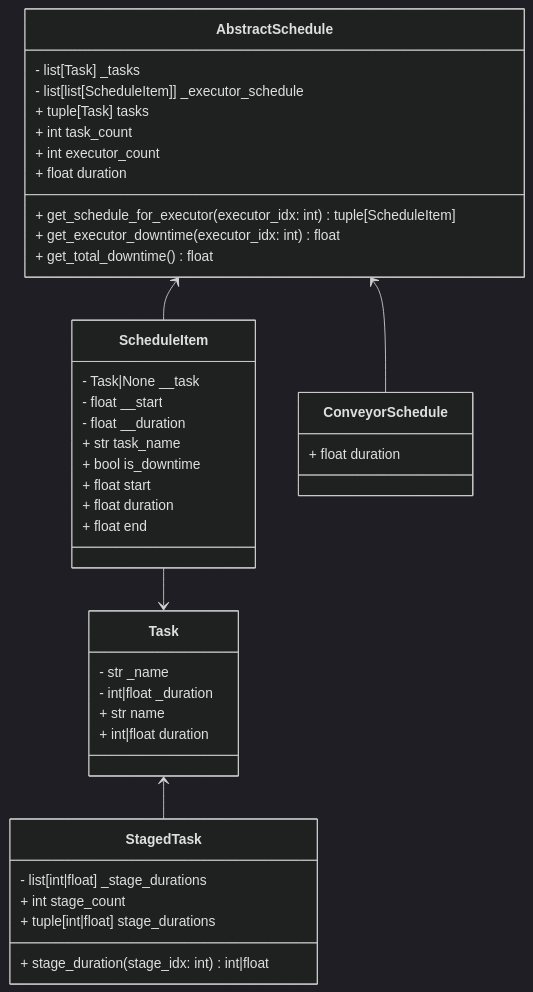
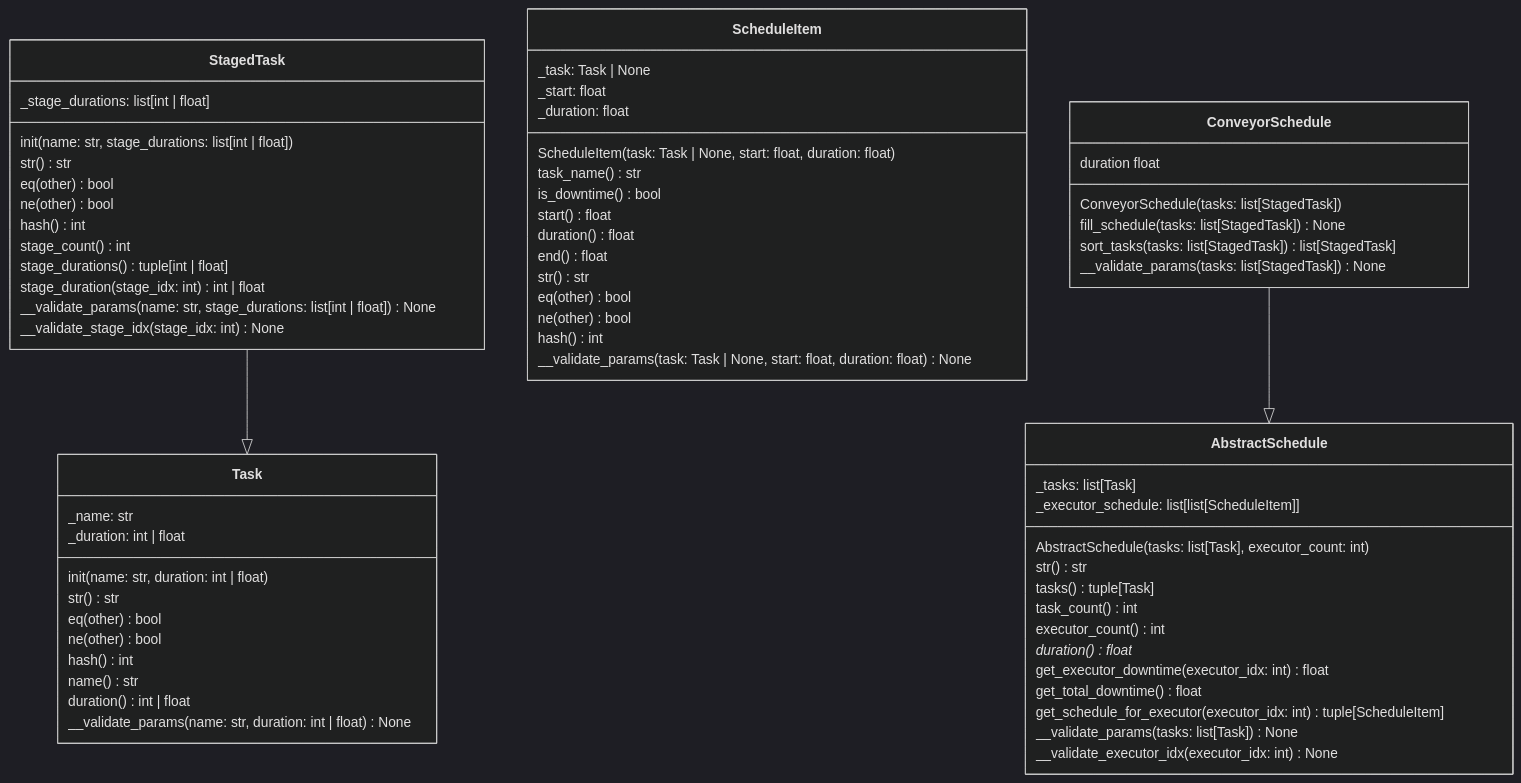
One commit to algos-ris-24-3/code-tasks changed the second of 2 diagrams in README.md. Above: the diagram before and after it, drawn with Mermaid (dark theme).

Commit message:
grant diagram

````diff
--- a/README.md
+++ b/README.md
@@ -73,48 +73,73 @@
 ```mermaid
 classDiagram
     class Task {
-        - str _name
-        - int|float _duration
-        + str name
-        + int|float duration
+        _name: str
+        _duration: int | float
+        init(name: str, duration: int | float)
+        str() str
+        eq(other) bool
+        ne(other) bool
+        hash() int
+        name() str
+        duration() int | float
+        __validate_params(name: str, duration: int | float) None
     }
 
     class StagedTask {
-        - list[int|float] _stage_durations
-        + int stage_count
-        + tuple[int|float] stage_durations
-        + stage_duration(stage_idx: int) int|float
+        _stage_durations: list[int | float]
+        init(name: str, stage_durations: list[int | float])
+        str() str
+        eq(other) bool
+        ne(other) bool
+        hash() int
+        stage_count() int
+        stage_durations() tuple[int | float]
+        stage_duration(stage_idx: int) int | float
+        __validate_params(name: str, stage_durations: list[int | float]) None
+        __validate_stage_idx(stage_idx: int) None
     }
 
     class ScheduleItem {
-        - Task|None __task
-        - float __start
-        - float __duration
-        + str task_name
-        + bool is_downtime
-        + float start
-        + float duration
-        + float end
+        _task: Task | None
+        _start: float
+        _duration: float
+        ScheduleItem(task: Task | None, start: float, duration: float)
+        task_name() str
+        is_downtime() bool
+        start() float
+        duration() float
+        end() float
+        str() str
+        eq(other) bool
+        ne(other) bool
+        hash() int
+        __validate_params(task: Task | None, start: float, duration: float) None
     }
 
     class AbstractSchedule {
-        - list[Task] _tasks
-        - list[list[ScheduleItem]] _executor_schedule
-        + tuple[Task] tasks
-        + int task_count
-        + int executor_count
-        + float duration
-        + get_schedule_for_executor(executor_idx: int) tuple[ScheduleItem]
-        + get_executor_downtime(executor_idx: int) float
-        + get_total_downtime() float
+        _tasks: list[Task]
+        _executor_schedule: list[list[ScheduleItem]]
+        AbstractSchedule(tasks: list[Task], executor_count: int)
+        str() str
+        tasks() tuple[Task]
+        task_count() int
+        executor_count() int
+        duration()* float
+        get_executor_downtime(executor_idx: int) float
+        get_total_downtime() float
+        get_schedule_for_executor(executor_idx: int) tuple[ScheduleItem]
+        __validate_params(tasks: list[Task]) None
+        __validate_executor_idx(executor_idx: int) None
     }
 
     class ConveyorSchedule {
-        + float duration
+        ConveyorSchedule(tasks: list[StagedTask])
+        duration float
+        fill_schedule(tasks: list[StagedTask]) None
+        sort_tasks(tasks: list[StagedTask]) list[StagedTask]
+        __validate_params(tasks: list[StagedTask]) None
     }
 
-    Task <-- StagedTask
-    AbstractSchedule <-- ConveyorSchedule
-    ScheduleItem --> Task
-    AbstractSchedule <-- ScheduleItem
+    ConveyorSchedule --|> AbstractSchedule
+    StagedTask --|> Task
 ```
````
